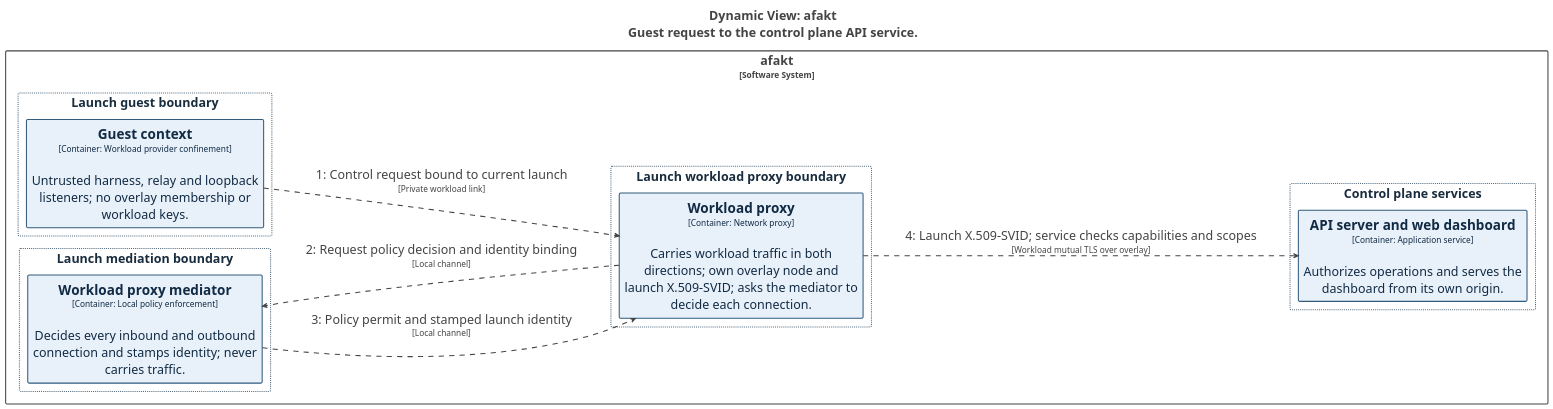
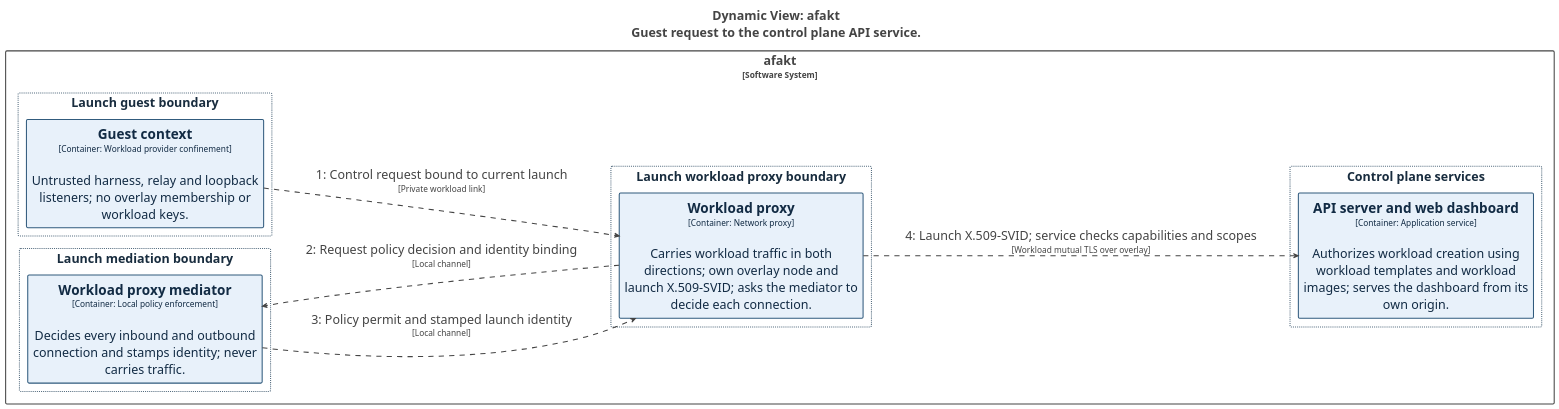
One commit to tbhb-dev/afakt changed the diagram in docs/diagrams/structurizr-network-flow-control.puml. Above: the diagram before and after it, drawn with PlantUML. The commit also changed 25 other files, not shown here.

First line of the commit message:
docs: define workload templates and execution images

```diff
--- a/docs/diagrams/structurizr-network-flow-control.puml
+++ b/docs/diagrams/structurizr-network-flow-control.puml
@@ -1,122 +1,122 @@
 @startuml
 title <size:24>Dynamic View: afakt</size>\n<size:24>Guest request to the control plane API service.</size>
 
 set separator none
 left to right direction
 skinparam ranksep 20
 skinparam nodesep 5
 hide stereotype
 
 skinparam {
   nodesep 80
   ranksep 160
 }
 
 <style>
   root {
     BackgroundColor: #ffffff;
     FontColor: #444444;
   }
   // Element,Topology
   .Element-RWxlbWVudCxUb3BvbG9neQ== {
     BackgroundColor: #e8f1fa;
     LineColor: #315b7d;
     LineStyle: 0;
     LineThickness: 2;
     FontColor: #122b44;
     FontSize: 24;
     HorizontalAlignment: center;
     Shadowing: 0;
     MaximumWidth: 450;
   }
   // Relationship
   .Relationship-UmVsYXRpb25zaGlw {
     LineThickness: 2;
     LineStyle: 10-10;
     LineColor: #444444;
     FontColor: #444444;
     FontSize: 24;
     MaximumWidth: 200;
   }
   // afakt
   .Boundary-YWZha3Q= {
     BackgroundColor: #ffffff;
     LineColor: #444444;
     LineStyle: 0;
     LineThickness: 2;
     FontColor: #444444;
     FontSize: 24;
     HorizontalAlignment: center;
     Shadowing: 0;
   }
   // Control plane services
   .Group-Q29udHJvbCBwbGFuZSBzZXJ2aWNlcw== {
     BackgroundColor: #ffffff;
     LineColor: #536b7e;
     LineStyle: 2-2;
     LineThickness: 2;
     FontColor: #182c3e;
     FontSize: 24;
     HorizontalAlignment: center;
     Shadowing: 0;
   }
   // Launch guest boundary
   .Group-TGF1bmNoIGd1ZXN0IGJvdW5kYXJ5 {
     BackgroundColor: #ffffff;
     LineColor: #536b7e;
     LineStyle: 2-2;
     LineThickness: 2;
     FontColor: #182c3e;
     FontSize: 24;
     HorizontalAlignment: center;
     Shadowing: 0;
   }
   // Launch mediation boundary
   .Group-TGF1bmNoIG1lZGlhdGlvbiBib3VuZGFyeQ== {
     BackgroundColor: #ffffff;
     LineColor: #536b7e;
     LineStyle: 2-2;
     LineThickness: 2;
     FontColor: #182c3e;
     FontSize: 24;
     HorizontalAlignment: center;
     Shadowing: 0;
   }
   // Launch workload proxy boundary
   .Group-TGF1bmNoIHdvcmtsb2FkIHByb3h5IGJvdW5kYXJ5 {
     BackgroundColor: #ffffff;
     LineColor: #536b7e;
     LineStyle: 2-2;
     LineThickness: 2;
     FontColor: #182c3e;
     FontSize: 24;
     HorizontalAlignment: center;
     Shadowing: 0;
   }
 </style>
 
 rectangle "afakt\n<size:16>[Software System]</size>" <<Boundary-YWZha3Q=>> {
   rectangle "Control plane services" <<Group-Q29udHJvbCBwbGFuZSBzZXJ2aWNlcw==>> as group6 {
-    rectangle "==API server and web dashboard\n<size:16>[Container: Application service]</size>\n\nAuthorizes operations and serves the dashboard from its own origin." <<Element-RWxlbWVudCxUb3BvbG9neQ==>> as afakt.APIserverandwebdashboard
+    rectangle "==API server and web dashboard\n<size:16>[Container: Application service]</size>\n\nAuthorizes workload creation using workload templates and workload images; serves the dashboard from its own origin." <<Element-RWxlbWVudCxUb3BvbG9neQ==>> as afakt.APIserverandwebdashboard
   }
 
   rectangle "Launch guest boundary" <<Group-TGF1bmNoIGd1ZXN0IGJvdW5kYXJ5>> as group7 {
     rectangle "==Guest context\n<size:16>[Container: Workload provider confinement]</size>\n\nUntrusted harness, relay and loopback listeners; no overlay membership or workload keys." <<Element-RWxlbWVudCxUb3BvbG9neQ==>> as afakt.Guestcontext
   }
 
   rectangle "Launch mediation boundary" <<Group-TGF1bmNoIG1lZGlhdGlvbiBib3VuZGFyeQ==>> as group8 {
     rectangle "==Workload proxy mediator\n<size:16>[Container: Local policy enforcement]</size>\n\nDecides every inbound and outbound connection and stamps identity; never carries traffic." <<Element-RWxlbWVudCxUb3BvbG9neQ==>> as afakt.Workloadproxymediator
   }
 
   rectangle "Launch workload proxy boundary" <<Group-TGF1bmNoIHdvcmtsb2FkIHByb3h5IGJvdW5kYXJ5>> as group9 {
     rectangle "==Workload proxy\n<size:16>[Container: Network proxy]</size>\n\nCarries workload traffic in both directions; own overlay node and launch X.509-SVID; asks the mediator to decide each connection." <<Element-RWxlbWVudCxUb3BvbG9neQ==>> as afakt.Workloadproxy
   }
 
 }
 
 afakt.Guestcontext --> afakt.Workloadproxy <<Relationship-UmVsYXRpb25zaGlw>> : "1: Control request bound to current launch\n<size:16>[Private workload link]</size>"
 afakt.Workloadproxy --> afakt.Workloadproxymediator <<Relationship-UmVsYXRpb25zaGlw>> : "2: Request policy decision and identity binding\n<size:16>[Local channel]</size>"
 afakt.Workloadproxymediator --> afakt.Workloadproxy <<Relationship-UmVsYXRpb25zaGlw>> : "3: Policy permit and stamped launch identity\n<size:16>[Local channel]</size>"
 afakt.Workloadproxy --> afakt.APIserverandwebdashboard <<Relationship-UmVsYXRpb25zaGlw>> : "4: Launch X.509-SVID; service checks capabilities and scopes\n<size:16>[Workload mutual TLS over overlay]</size>"
 
 @enduml
```
